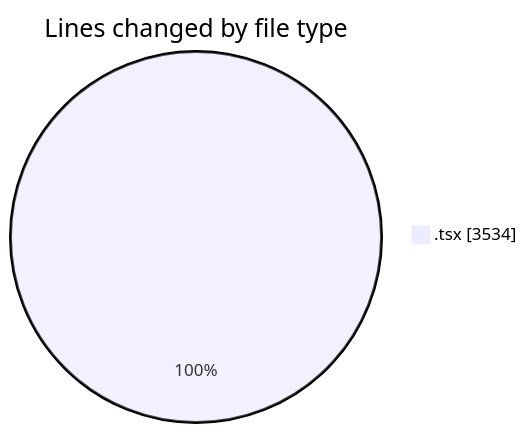
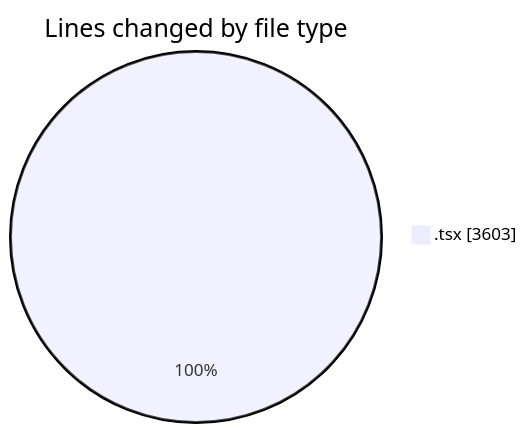
Before and after one commit to nxtqubesakshisongat/code-tracking: the first of 2 diagrams in 2026-06-18/nxtqube_webapp/README.md, drawn with Mermaid. The commit also changed other lines of this file and 1 other file, not shown here.

````diff
--- a/2026-06-18/nxtqube_webapp/README.md
+++ b/2026-06-18/nxtqube_webapp/README.md
@@ -20,5 +20,5 @@
 ```mermaid
 pie showData
 title Lines changed by file type
-".tsx" : 3534
+".tsx" : 3603
 ```
````
